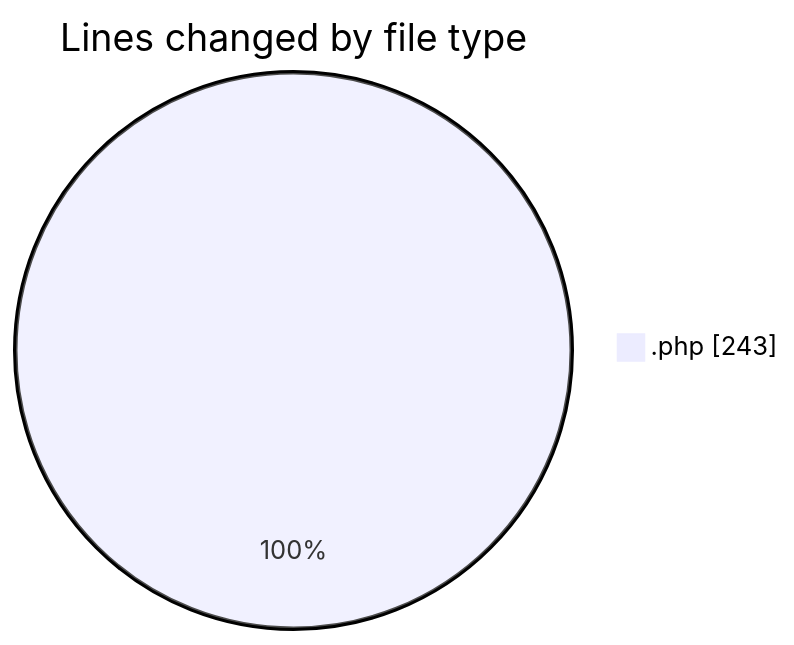
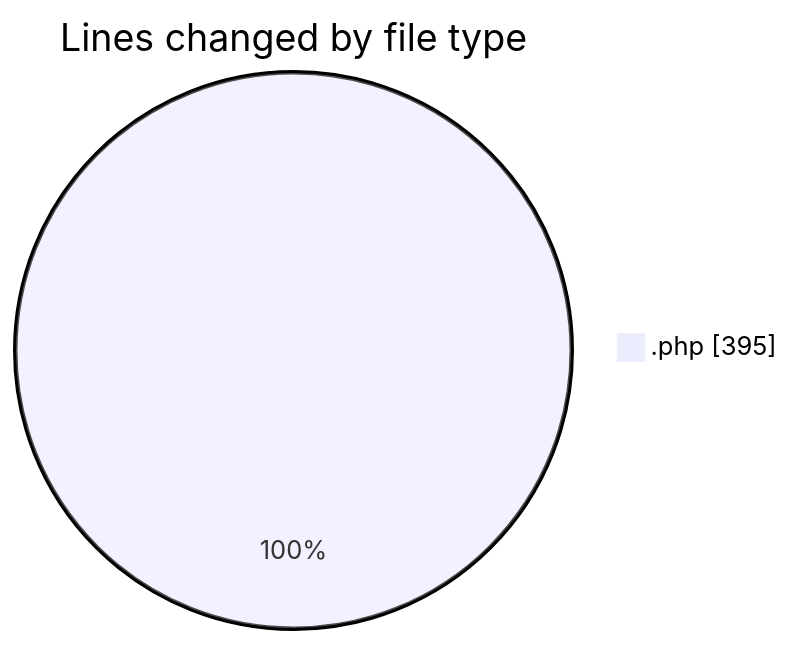
One commit to LanceThiago/code-tracking changed the first of 2 diagrams in 2025-07-02/web/README.md. Above: the diagram before and after it, drawn with Mermaid. The commit also changed other lines of this file and 1 other file, not shown here.

````diff
--- a/2025-07-02/web/README.md
+++ b/2025-07-02/web/README.md
@@ -20,5 +20,5 @@
 ```mermaid
 pie showData
 title Lines changed by file type
-".php" : 243
+".php" : 395
 ```
````
